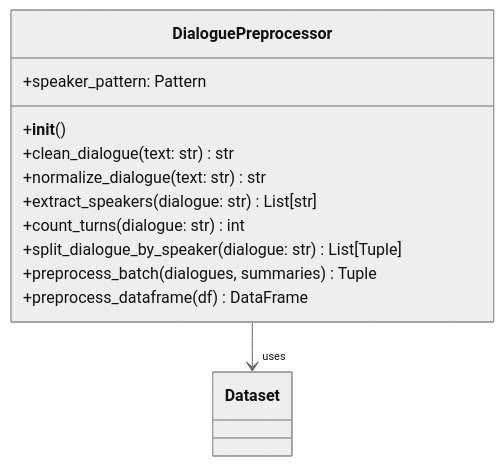
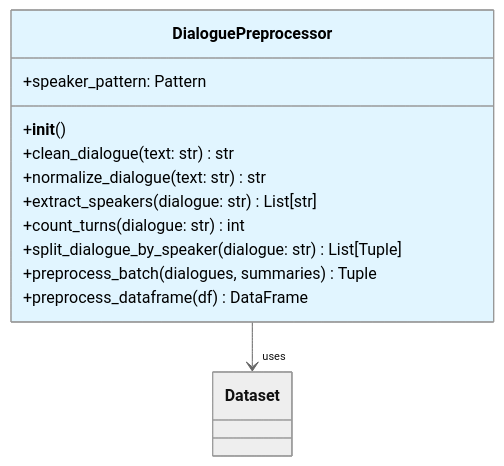
One commit to AIBootcamp14/naturallanguageprocessingcompetition-nlp-1 changed the first of 3 diagrams in docs/모듈화/06_데이터_파이프라인.md. Above: the diagram before and after it, drawn with Mermaid (neutral theme). The commit also changed other lines of this file and 1 other file, not shown here.

First line of the commit message:
docs: Mermaid 다이어그램에 색상 스타일 적용

````diff
--- a/docs/모듈화/06_데이터_파이프라인.md
+++ b/docs/모듈화/06_데이터_파이프라인.md
@@ -54,16 +54,18 @@
 ```mermaid
 classDiagram
     class DialoguePreprocessor {
         +speaker_pattern: Pattern
         +__init__()
         +clean_dialogue(text: str) str
         +normalize_dialogue(text: str) str
         +extract_speakers(dialogue: str) List[str]
         +count_turns(dialogue: str) int
         +split_dialogue_by_speaker(dialogue: str) List[Tuple]
         +preprocess_batch(dialogues, summaries) Tuple
         +preprocess_dataframe(df) DataFrame
     }
 
     DialoguePreprocessor --> "uses" Dataset
+
+    style DialoguePreprocessor fill:#e1f5ff,color:#000
 ```
````
